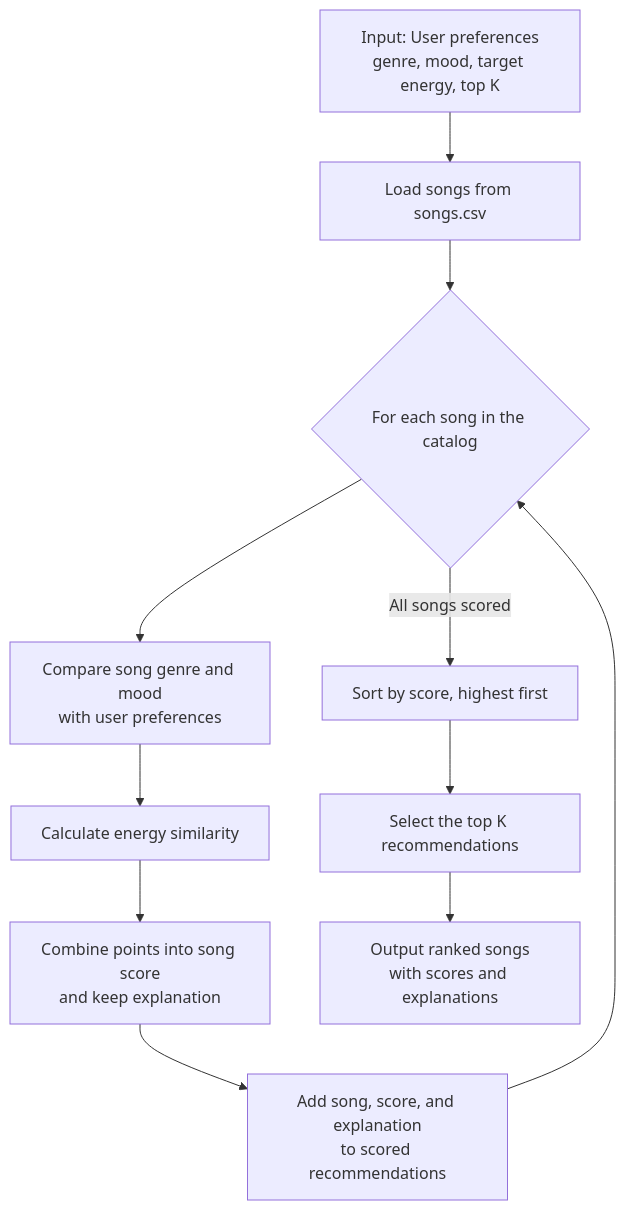
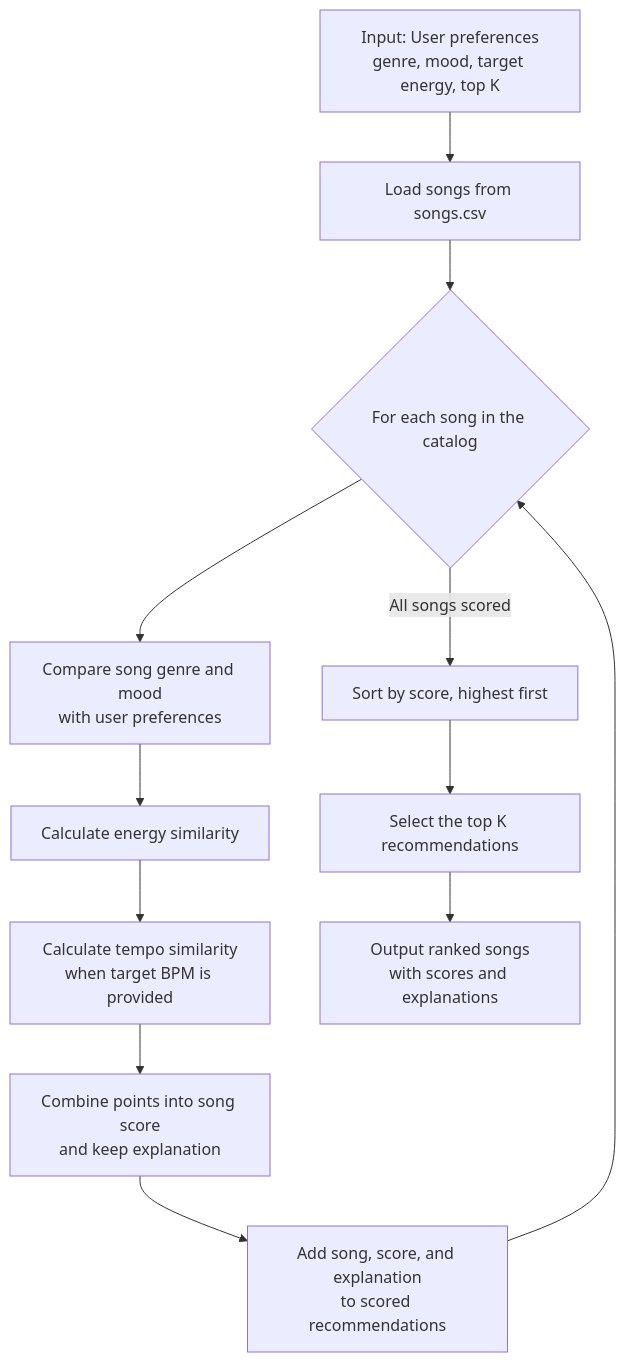
One commit to farzan4/ai110-module3show-musicrecommendersimulation-starter changed the diagram in README.md. Above: the diagram before and after it, drawn with Mermaid. The commit also changed other lines of this file and 3 other files, not shown here.

````diff
--- a/README.md
+++ b/README.md
@@ -37,13 +37,14 @@
 ```mermaid
 flowchart TD
    A[Input: User preferences<br/>genre, mood, target energy, top K] --> B[Load songs from songs.csv]
    B --> C{For each song in the catalog}
    C --> D[Compare song genre and mood<br/>with user preferences]
    D --> E[Calculate energy similarity]
-   E --> F[Combine points into song score<br/>and keep explanation]
+   E --> E2[Calculate tempo similarity<br/>when target BPM is provided]
+   E2 --> F[Combine points into song score<br/>and keep explanation]
    F --> G[Add song, score, and explanation<br/>to scored recommendations]
    G --> C
    C -->|All songs scored| H[Sort by score, highest first]
    H --> I[Select the top K recommendations]
    I --> J[Output ranked songs<br/>with scores and explanations]
 ```
````
